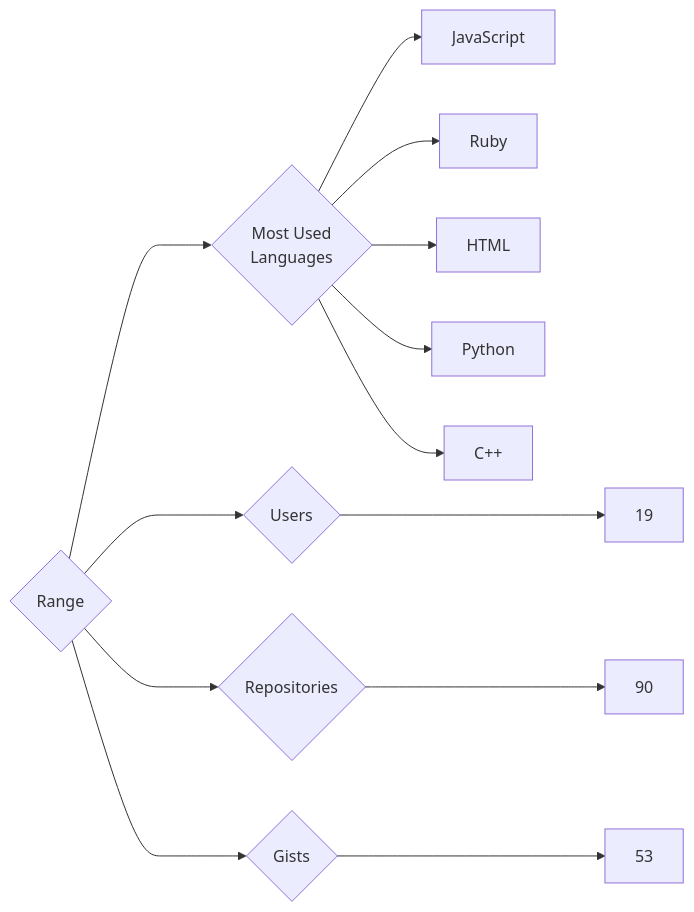
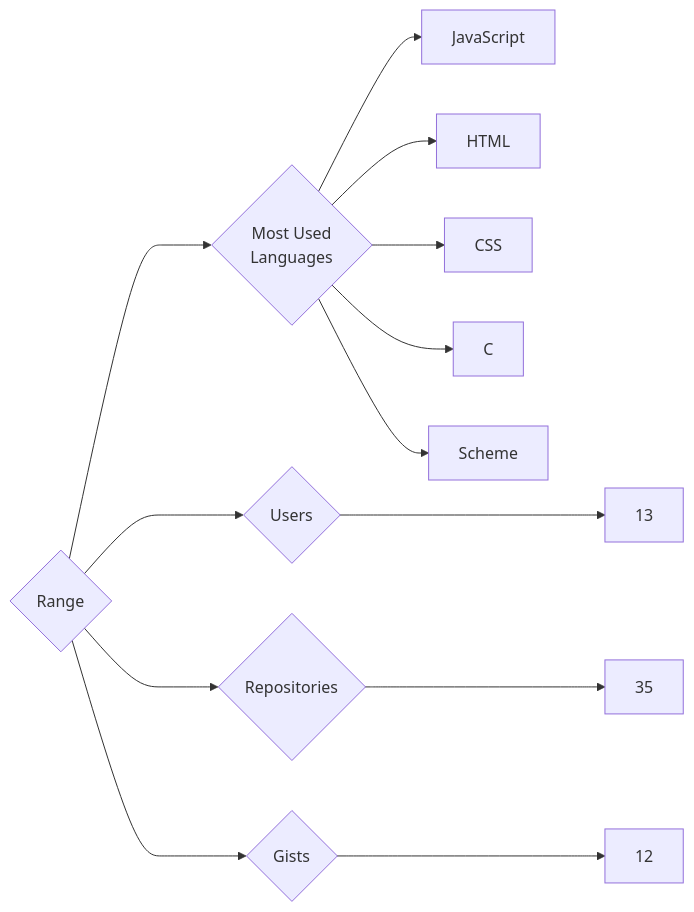
The diagram in targets/Range/README.md (trickest/insiders), drawn with Mermaid before and after one commit. The commit also changed 964 other files, not shown here.

````diff
--- a/targets/Range/README.md
+++ b/targets/Range/README.md
@@ -3,13 +3,13 @@
 ```mermaid
 graph LR
 COMPANY_NAME{Range}
-COMPANY_NAME ---> U{Users} ---> UN[19]
-COMPANY_NAME ---> R{Repositories} ---> RN[90]
-COMPANY_NAME ---> G{Gists} ---> GN[53]
+COMPANY_NAME ---> U{Users} ---> UN[13]
+COMPANY_NAME ---> R{Repositories} ---> RN[35]
+COMPANY_NAME ---> G{Gists} ---> GN[12]
 COMPANY_NAME ---> ML{Most Used<br>Languages}
 ML --> JavaScript[JavaScript]
-ML --> Ruby[Ruby]
 ML --> HTML[HTML]
-ML --> Python[Python]
-ML --> C++[C++]
+ML --> CSS[CSS]
+ML --> C[C]
+ML --> Scheme[Scheme]
 ```
````
